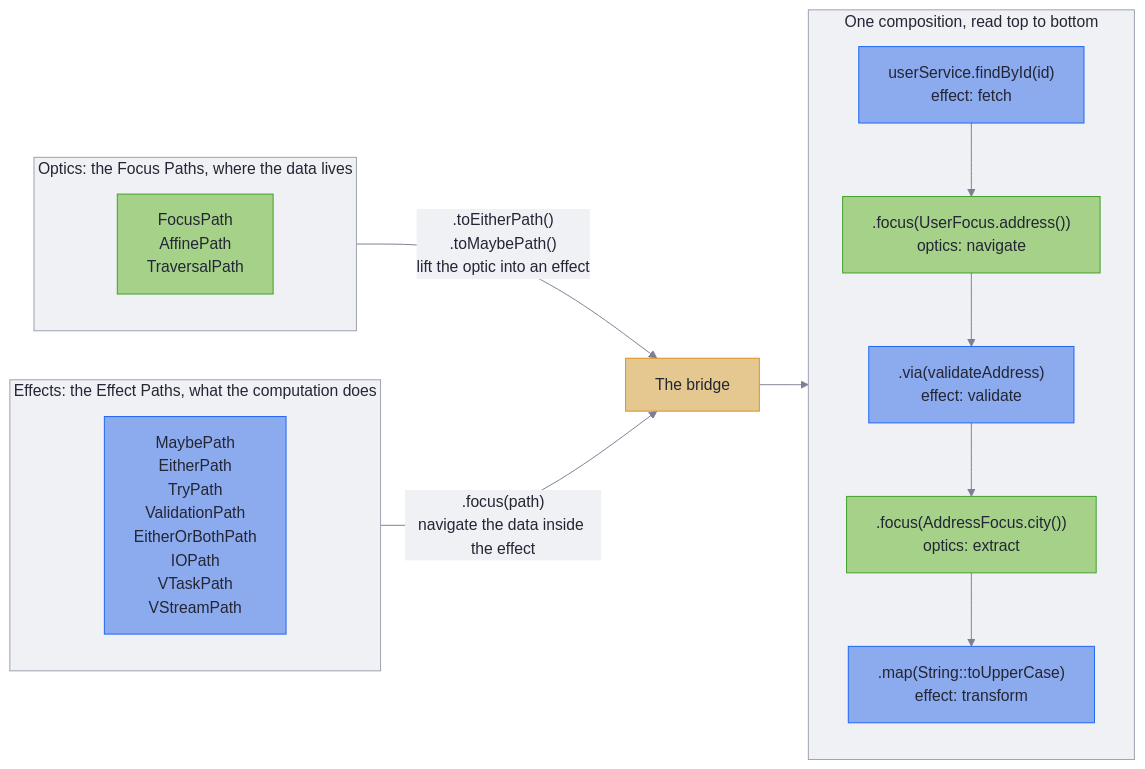
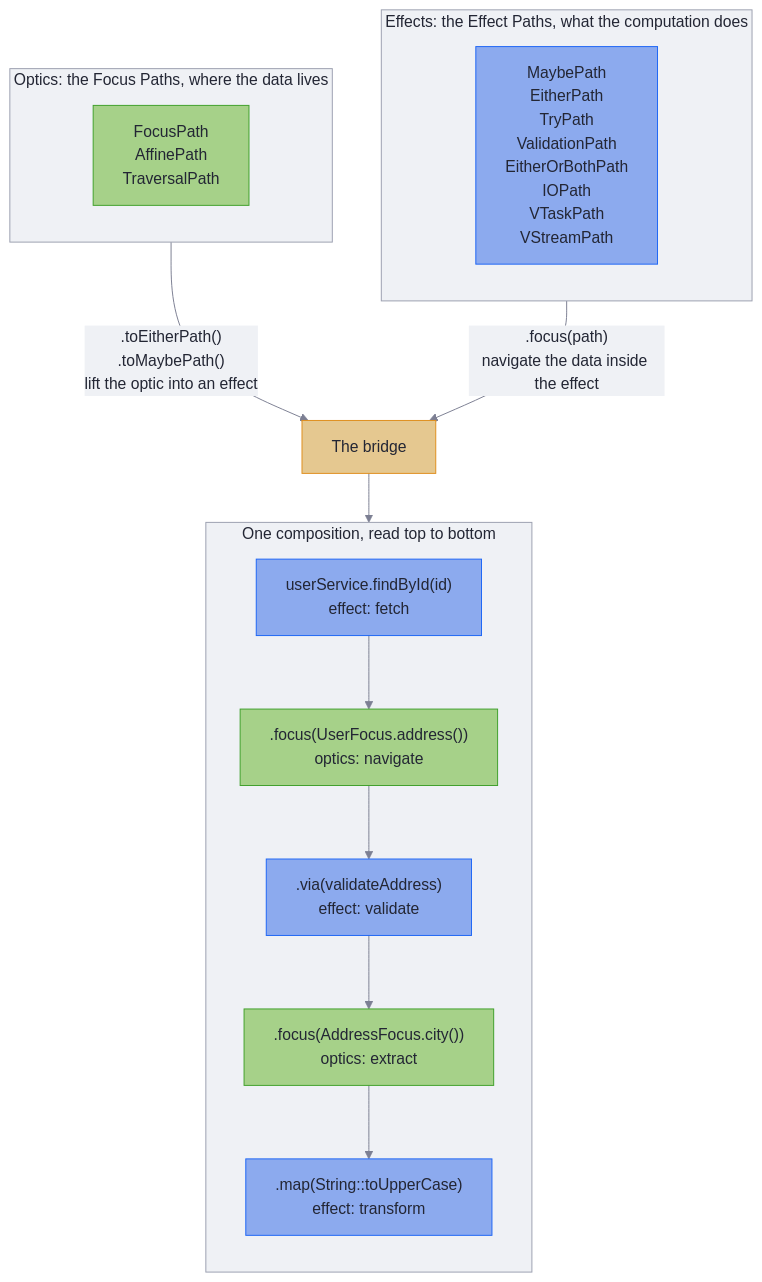
The first of 2 diagrams in README.md (higher-kinded-j/higher-kinded-j), drawn with Mermaid before and after one commit. The commit also changed 1 other file, not shown here.

Commit message:
Lay the bridge diagram out top to bottom so it reads on narrow screens
The two domain panels sit side by side at the top, the bridge centred
beneath them, and the composition column beneath that; the widest row
is the two panels, so the text no longer shrinks to fit three columns.

````diff
--- a/README.md
+++ b/README.md
@@ -134,29 +134,29 @@
 ```mermaid
 %%{init: {'theme': 'base', 'themeVariables': {'primaryColor': '#8caaee', 'primaryTextColor': '#232634', 'primaryBorderColor': '#1e66f5', 'lineColor': '#7c7f93', 'textColor': '#232634', 'titleColor': '#232634', 'edgeLabelBackground': '#eff1f5', 'clusterBkg': '#eff1f5', 'clusterBorder': '#9ca0b0', 'fontFamily': 'inherit'}}}%%
-flowchart LR
+flowchart TB
     subgraph effects["Effects: the Effect Paths, what the computation does"]
         direction TB
         E["MaybePath<br/>EitherPath<br/>TryPath<br/>ValidationPath<br/>EitherOrBothPath<br/>IOPath<br/>VTaskPath<br/>VStreamPath"]
     end
     subgraph optics["Optics: the Focus Paths, where the data lives"]
         direction TB
         O["FocusPath<br/>AffinePath<br/>TraversalPath"]
     end
     E -->|".focus(path)<br/>navigate the data inside the effect"| B["The bridge"]
     O -->|".toEitherPath()<br/>.toMaybePath()<br/>lift the optic into an effect"| B
     subgraph one["One composition, read top to bottom"]
         direction TB
         S1["userService.findById(id)<br/>effect: fetch"] --> S2[".focus(UserFocus.address())<br/>optics: navigate"]
         S2 --> S3[".via(validateAddress)<br/>effect: validate"]
         S3 --> S4[".focus(AddressFocus.city())<br/>optics: extract"]
         S4 --> S5[".map(String::toUpperCase)<br/>effect: transform"]
     end
     B --> S1
 
     classDef effect fill:#8caaee,stroke:#1e66f5,color:#232634
     classDef optic fill:#a6d189,stroke:#40a02b,color:#232634
     classDef bridge fill:#e5c890,stroke:#df8e1d,color:#232634
     class E,S1,S3,S5 effect
     class O,S2,S4 optic
     class B bridge
 ```
````
